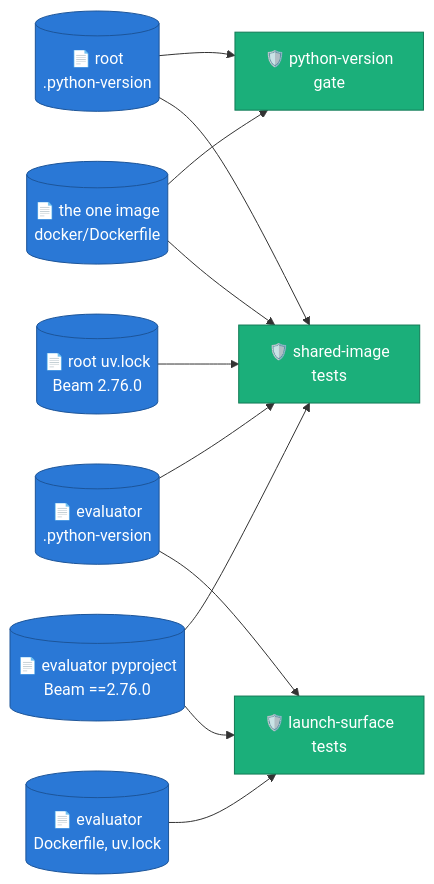
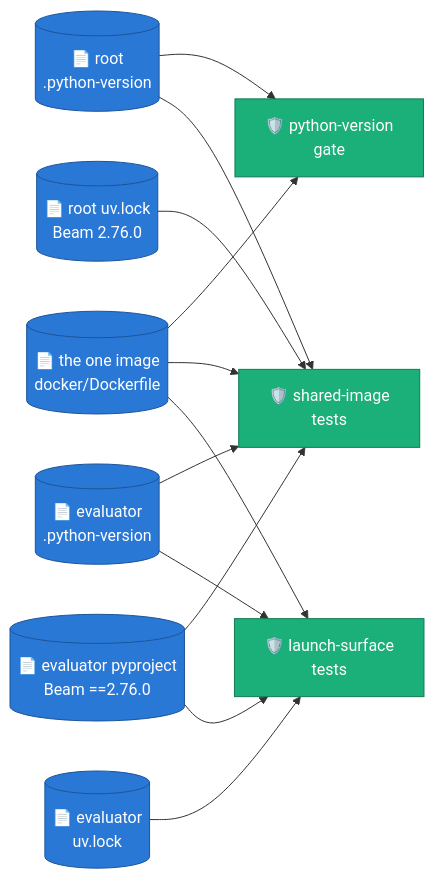
Before and after one commit to albertols/synthetic-llm-dataflow-bigquery: the fifth of 5 diagrams in docs/adr/0041-evaluation-standalone-package.md, drawn with Mermaid. The commit also changed other lines of this file and 51 other files, not shown here.

````diff
--- a/docs/adr/0041-evaluation-standalone-package.md
+++ b/docs/adr/0041-evaluation-standalone-package.md
@@ -809,26 +869,27 @@
 ```mermaid
 flowchart LR
   classDef cpu   fill:#1baf7a,color:#fff,stroke:#127a55
   classDef store fill:#2a78d6,color:#fff,stroke:#1d5599
 
   PV[("📄 root<br/>.python-version")]:::store
   RL[("📄 root uv.lock<br/>Beam 2.76.0")]:::store
   IMG[("📄 the one image<br/>docker/Dockerfile")]:::store
   EV[("📄 evaluator<br/>.python-version")]:::store
   EP[("📄 evaluator pyproject<br/>Beam ==2.76.0")]:::store
-  ED[("📄 evaluator<br/>Dockerfile, uv.lock")]:::store
+  ED[("📄 evaluator<br/>uv.lock")]:::store
   G1["🛡️ python-version<br/>gate"]:::cpu
   G2["🛡️ shared-image<br/>tests"]:::cpu
   G3["🛡️ launch-surface<br/>tests"]:::cpu
 
   PV --> G1
   IMG --> G1
   PV --> G2
   RL --> G2
   IMG --> G2
   EV --> G2
   EP --> G2
   EV --> G3
   EP --> G3
   ED --> G3
+  IMG --> G3
 ```
````
